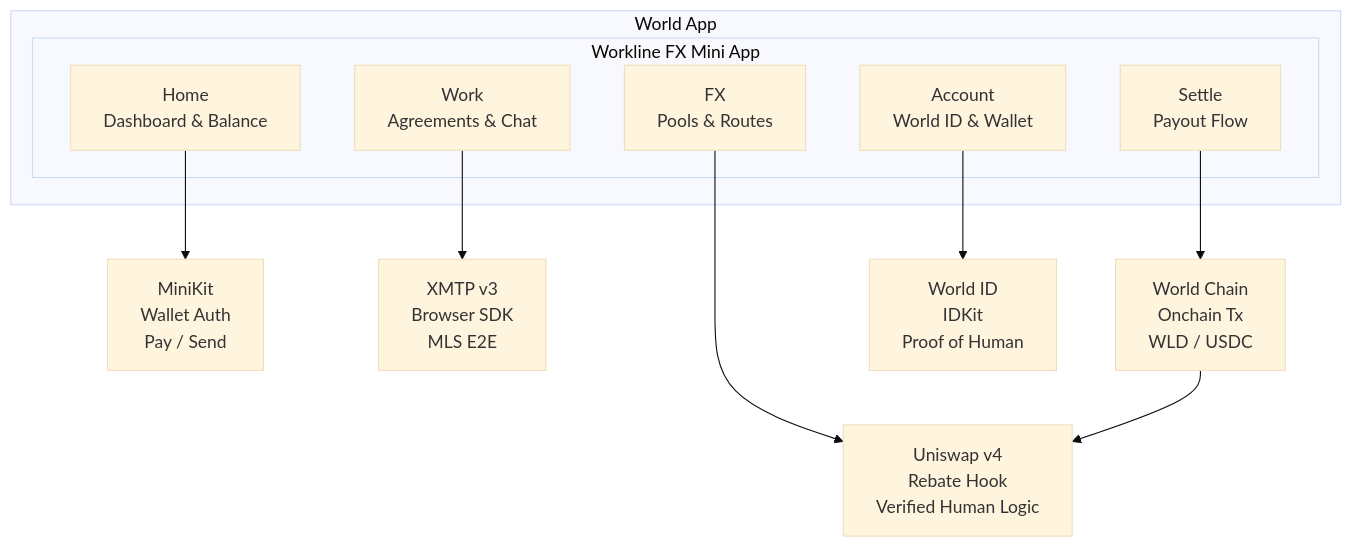
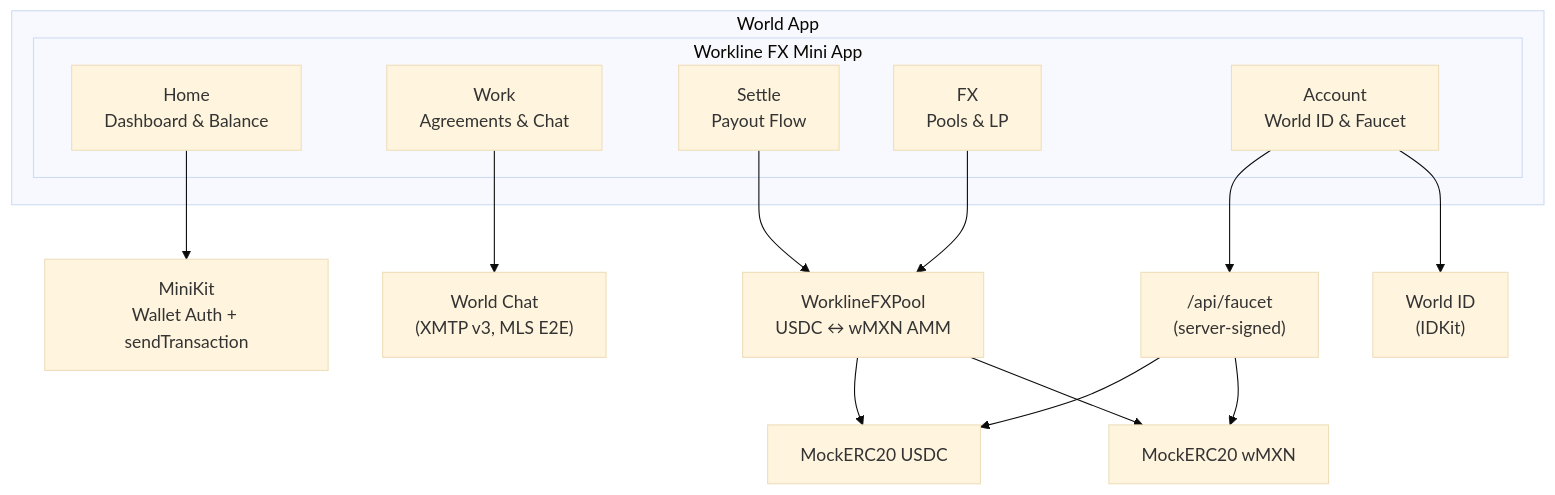
The fourth of 7 diagrams in README.md (Adityaakr/Workline), drawn with Mermaid (base theme) before and after one commit. The commit also changed other lines of this file and 5 other files, not shown here.

First line of the commit message:
chore: pass appId to MiniKit, allow tunnel hosts, refresh docs

````diff
--- a/README.md
+++ b/README.md
@@ -83,20 +146,24 @@
 ```mermaid
 graph TB
     subgraph WorldApp["World App"]
         subgraph MiniApp["Workline FX Mini App"]
-            Home["Home\nDashboard & Balance"]
-            Work["Work\nAgreements & Chat"]
-            Settle["Settle\nPayout Flow"]
-            FX["FX\nPools & Routes"]
-            Account["Account\nWorld ID & Wallet"]
+            Home["Home<br/>Dashboard & Balance"]
+            Work["Work<br/>Agreements & Chat"]
+            Settle["Settle<br/>Payout Flow"]
+            FX["FX<br/>Pools & LP"]
+            Account["Account<br/>World ID & Faucet"]
         end
     end
 
-    Home --> MiniKit["MiniKit\nWallet Auth\nPay / Send"]
-    Work --> XMTP["XMTP v3\nBrowser SDK\nMLS E2E"]
-    Settle --> WorldChain["World Chain\nOnchain Tx\nWLD / USDC"]
-    FX --> UniswapHook["Uniswap v4\nRebate Hook\nVerified Human Logic"]
-    Account --> WorldID["World ID\nIDKit\nProof of Human"]
+    Home --> MiniKit["MiniKit<br/>Wallet Auth + sendTransaction"]
+    Work --> WorldChat["World Chat<br/>(XMTP v3, MLS E2E)"]
+    Settle --> WorklineFXPool["WorklineFXPool<br/>USDC ↔ wMXN AMM"]
+    FX --> WorklineFXPool
+    Account --> Faucet["/api/faucet<br/>(server-signed)"]
+    Account --> WorldID["World ID<br/>(IDKit)"]
 
-    WorldChain --> UniswapHook
+    Faucet --> USDCMock["MockERC20 USDC"]
+    Faucet --> WMXNMock["MockERC20 wMXN"]
+    WorklineFXPool --> USDCMock
+    WorklineFXPool --> WMXNMock
 ```
````
